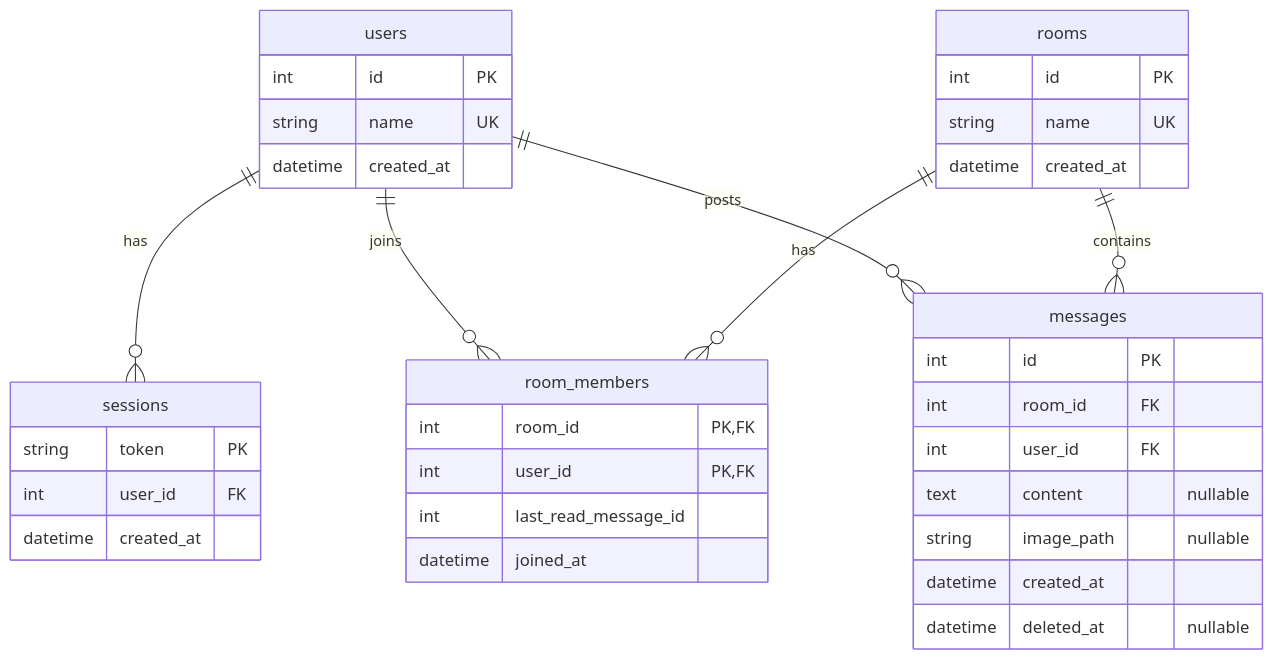
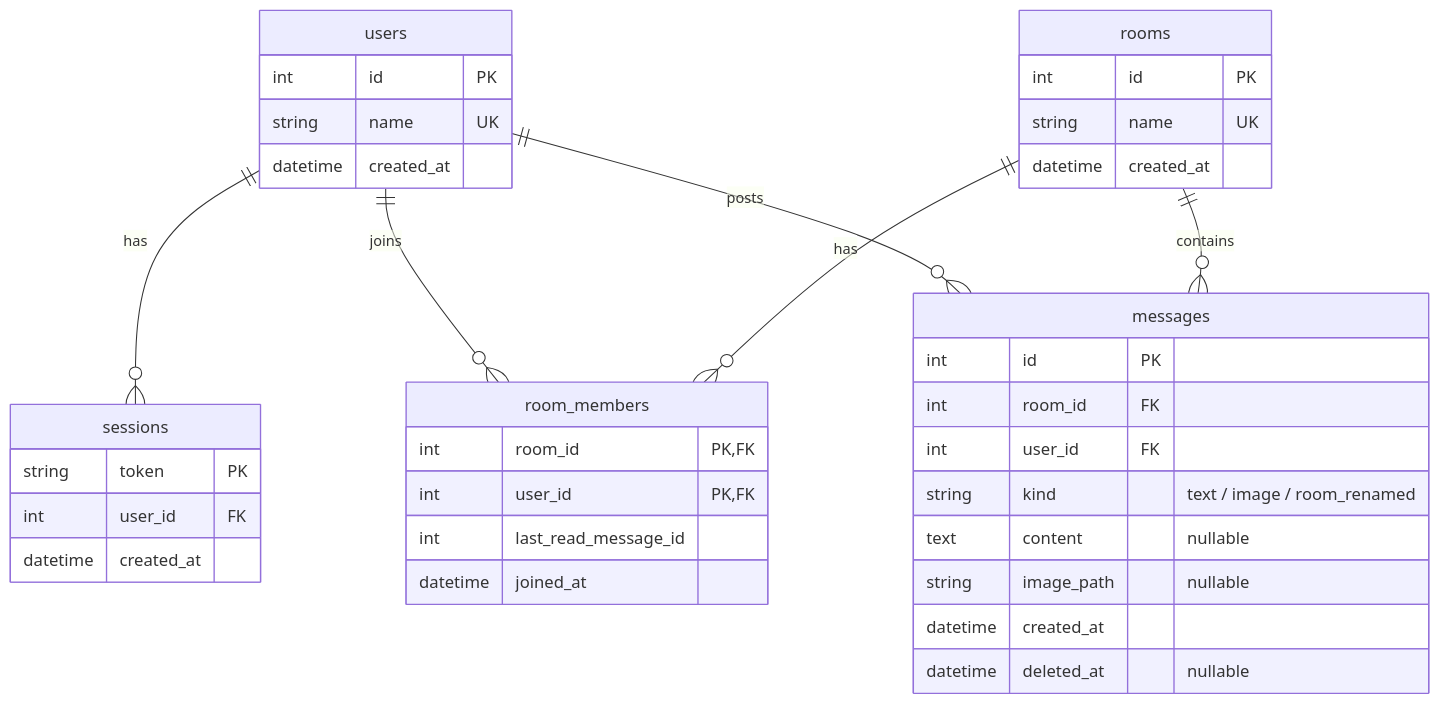
The diagram in README.md (kakeru64-wq/Simple-Chat-App), drawn with Mermaid before and after one commit. The commit also changed other lines of this file and 15 other files, not shown here.

First line of the commit message:
Post a system message when a room is renamed

````diff
--- a/README.md
+++ b/README.md
@@ -140,39 +141,40 @@
 ```mermaid
 erDiagram
     users ||--o{ sessions : has
     users ||--o{ room_members : joins
     rooms ||--o{ room_members : has
     users ||--o{ messages : posts
     rooms ||--o{ messages : contains
 
     users {
         int id PK
         string name UK
         datetime created_at
     }
     sessions {
         string token PK
         int user_id FK
         datetime created_at
     }
     rooms {
         int id PK
         string name UK
         datetime created_at
     }
     room_members {
         int room_id PK, FK
         int user_id PK, FK
         int last_read_message_id
         datetime joined_at
     }
     messages {
         int id PK
         int room_id FK
         int user_id FK
+        string kind "text / image / room_renamed"
         text content "nullable"
         string image_path "nullable"
         datetime created_at
         datetime deleted_at "nullable"
     }
 ```
````
